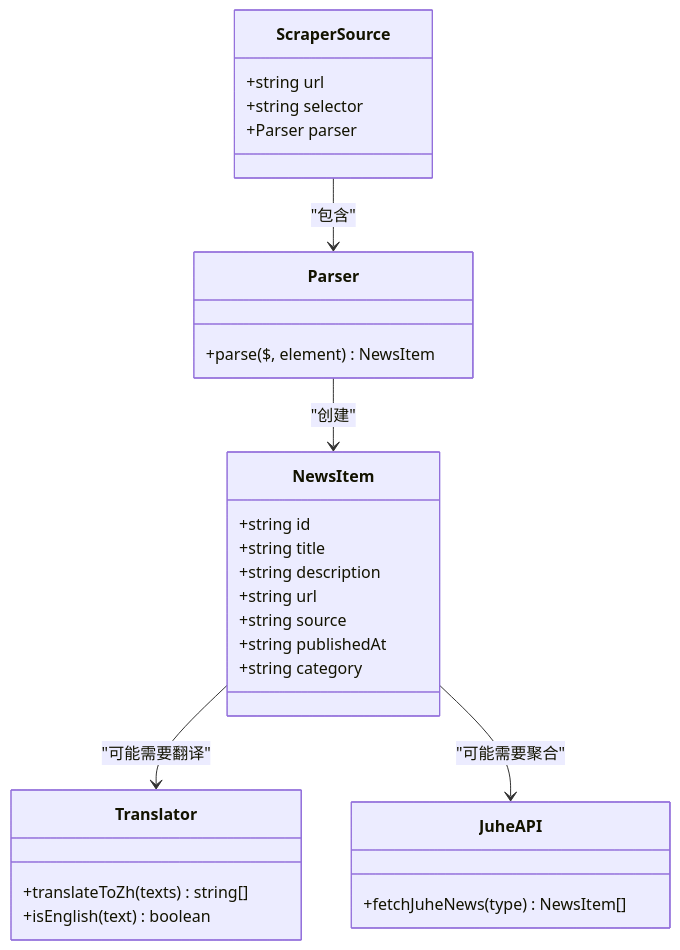
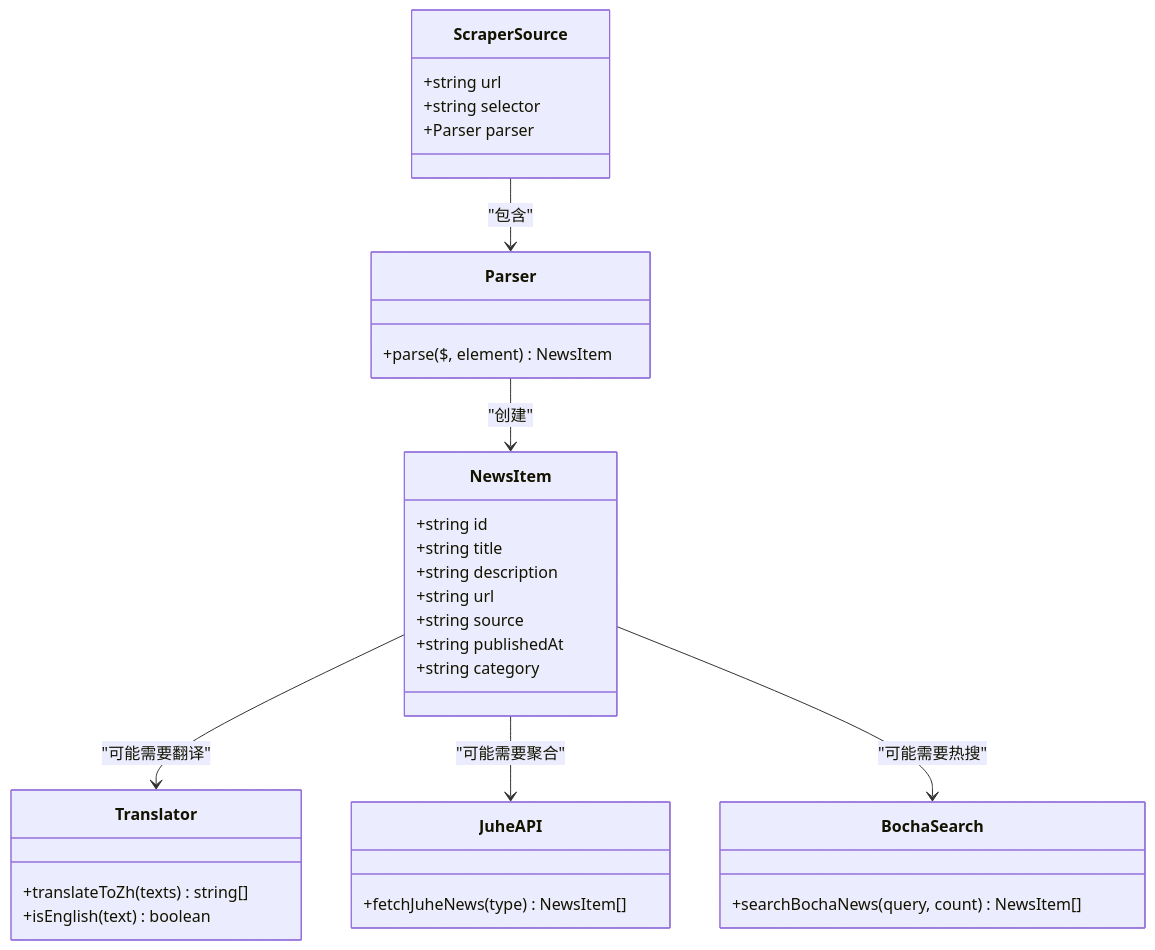
The tenth of 13 diagrams in .qoder/repowiki/zh/content/核心功能模块/新闻数据获取系统.md (zuozuoliu740-cmd/xianxiong-news), drawn with Mermaid before and after one commit. The commit also changed other lines of this file and 72 other files, not shown here.

````diff
--- a/.qoder/repowiki/zh/content/核心功能模块/新闻数据获取系统.md
+++ b/.qoder/repowiki/zh/content/核心功能模块/新闻数据获取系统.md
@@ -738,31 +485,35 @@
 ```mermaid
 classDiagram
 class ScraperSource {
 +string url
 +string selector
 +Parser parser
 }
 class Parser {
 +parse($, element) NewsItem
 }
 class NewsItem {
 +string id
 +string title
 +string description
 +string url
 +string source
 +string publishedAt
 +string category
 }
 class Translator {
 +translateToZh(texts) string[]
 +isEnglish(text) boolean
 }
 class JuheAPI {
 +fetchJuheNews(type) NewsItem[]
 }
+class BochaSearch {
++searchBochaNews(query, count) NewsItem[]
+}
 ScraperSource --> Parser : "包含"
 Parser --> NewsItem : "创建"
 NewsItem --> Translator : "可能需要翻译"
 NewsItem --> JuheAPI : "可能需要聚合"
+NewsItem --> BochaSearch : "可能需要热搜"
 ```
````
